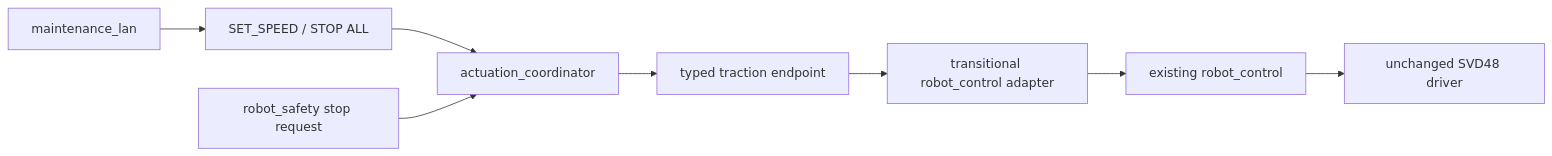
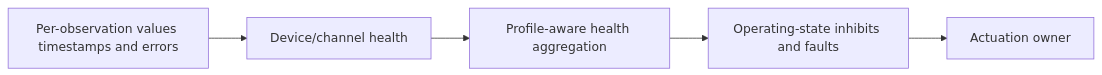
One commit to juanpmz2001/sistema-motriz-rs485 changed the third of 4 diagrams in docs/ARCHITECTURE_REFACTOR.md. Above: the diagram before and after it, drawn with Mermaid. The commit also changed other lines of this file and 11 other files, not shown here.

````diff
--- a/docs/ARCHITECTURE_REFACTOR.md
+++ b/docs/ARCHITECTURE_REFACTOR.md
@@ -186,10 +127,9 @@
 ```mermaid
 flowchart LR
-  SERIAL[SET_SPEED / STOP ALL] --> COORD[actuation_coordinator]
-  SAFETY[robot_safety stop request] --> COORD
-  COORD --> ENDPOINT[typed traction endpoint]
-  ENDPOINT --> LEGACY[transitional robot_control adapter]
-  LEGACY --> CONTROL[existing robot_control]
-  CONTROL --> SVD[unchanged SVD48 driver]
-  LAN[maintenance_lan] --> SERIAL
+  OBS[Per-observation values timestamps and errors]
+  DEV[Device/channel health]
+  AGG[Profile-aware health aggregation]
+  STATE[Operating-state inhibits and faults]
+  OWNER[Actuation owner]
+  OBS --> DEV --> AGG --> STATE --> OWNER
 ```
````
